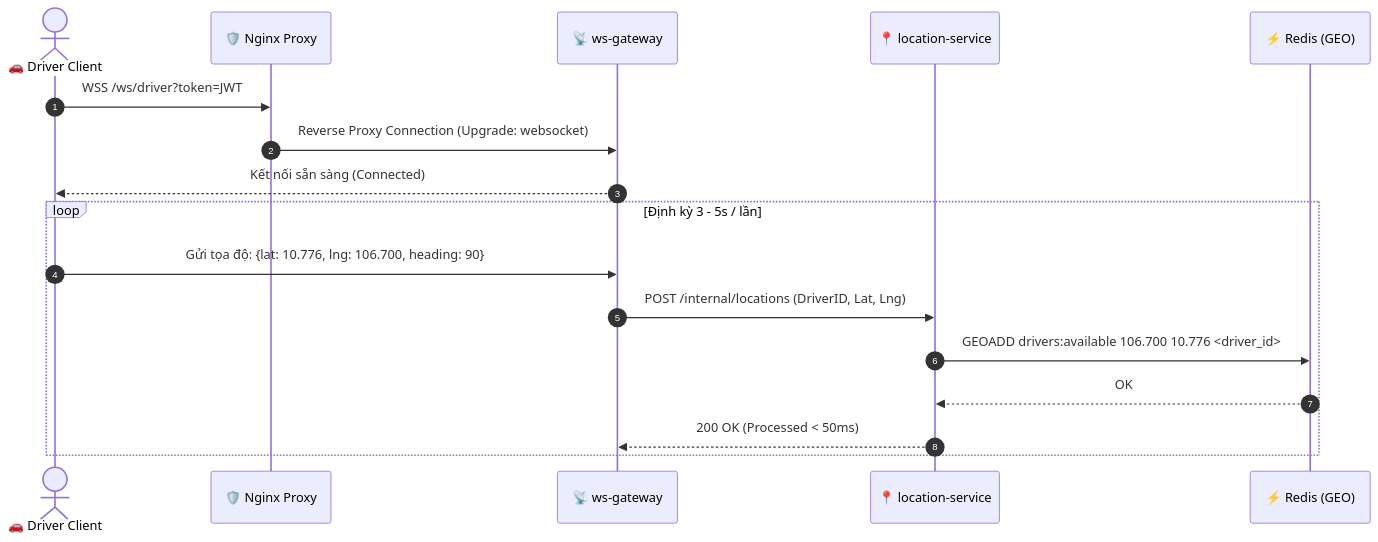
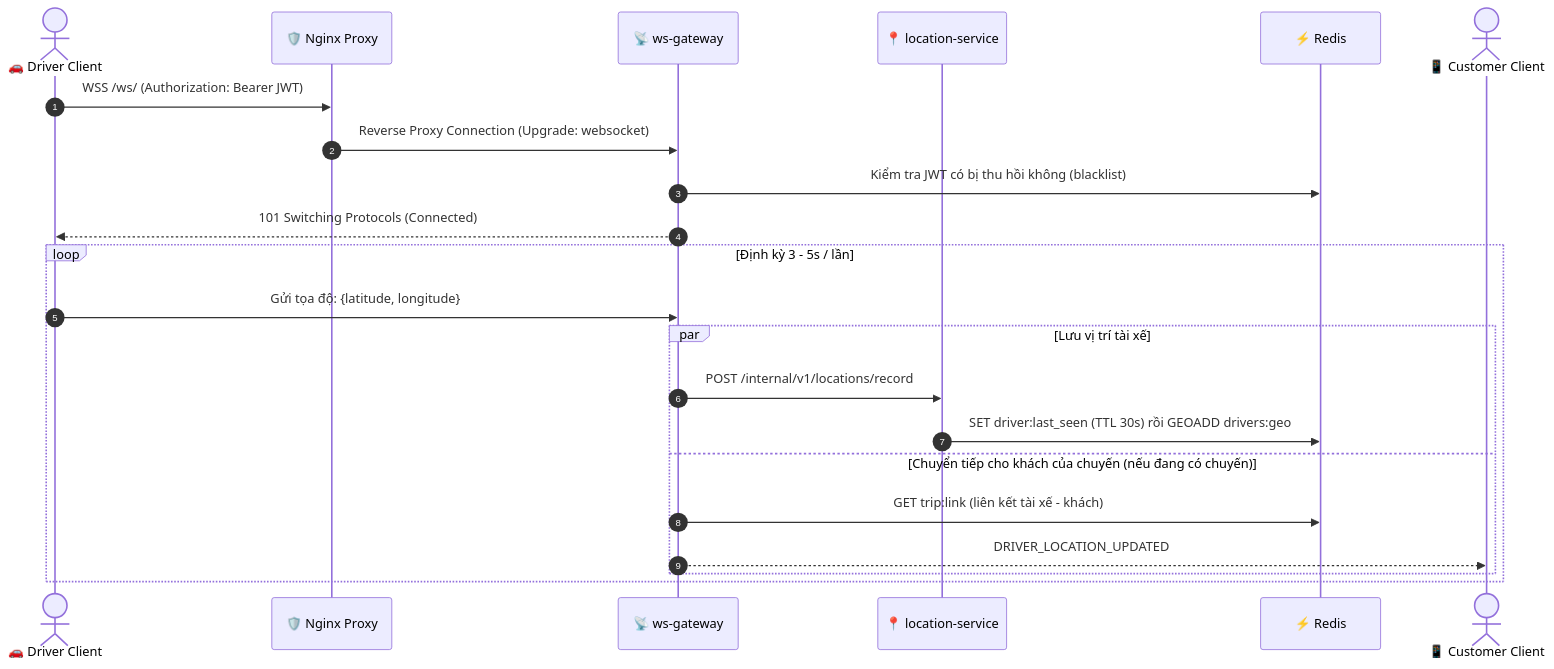
Before and after one commit to HaiTrieu186/JB-IOC-PTHB251125_BE105_Devops_Ride_Hailling: the second of 5 diagrams in README.md, drawn with Mermaid. The commit also changed other lines of this file, not shown here.

````diff
--- a/README.md
+++ b/README.md
@@ -163,21 +187,26 @@
 ```mermaid
 sequenceDiagram
     autonumber
     actor Driver as 🚗 Driver Client
     participant Nginx as 🛡️ Nginx Proxy
     participant WSGW as 📡 ws-gateway
     participant LocSvc as 📍 location-service
-    participant Redis as ⚡ Redis (GEO)
+    participant Redis as ⚡ Redis
+    actor Rider as 📱 Customer Client
 
-    Driver->>Nginx: WSS /ws/driver?token=JWT
+    Driver->>Nginx: WSS /ws/ (Authorization: Bearer JWT)
     Nginx->>WSGW: Reverse Proxy Connection (Upgrade: websocket)
-    WSGW-->>Driver: Kết nối sẵn sàng (Connected)
+    WSGW->>Redis: Kiểm tra JWT có bị thu hồi không (blacklist)
+    WSGW-->>Driver: 101 Switching Protocols (Connected)
 
     loop Định kỳ 3 - 5s / lần
-        Driver->>WSGW: Gửi tọa độ: {lat: 10.776, lng: 106.700, heading: 90}
-        WSGW->>LocSvc: POST /internal/locations (DriverID, Lat, Lng)
-        LocSvc->>Redis: GEOADD drivers:available 106.700 10.776 <driver_id>
-        Redis-->>LocSvc: OK
-        LocSvc-->>WSGW: 200 OK (Processed < 50ms)
+        Driver->>WSGW: Gửi tọa độ: {latitude, longitude}
+        par Lưu vị trí tài xế
+            WSGW->>LocSvc: POST /internal/v1/locations/record
+            LocSvc->>Redis: SET driver:last_seen (TTL 30s) rồi GEOADD drivers:geo
+        and Chuyển tiếp cho khách của chuyến (nếu đang có chuyến)
+            WSGW->>Redis: GET trip:link (liên kết tài xế - khách)
+            WSGW-->>Rider: DRIVER_LOCATION_UPDATED
+        end
     end
 ```
````
